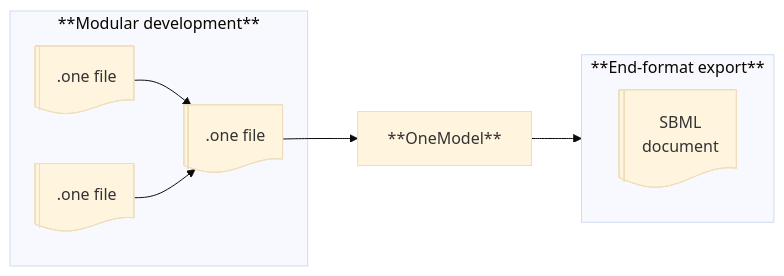
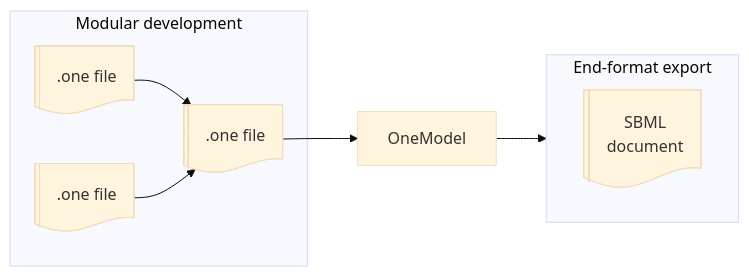
Before and after one commit to fernandonobel/fernandonobel.github.io: the first of 2 diagrams in content/_index.md, drawn with Mermaid (base theme). The commit also changed other lines of this file and 1 other file, not shown here.

````diff
--- a/content/_index.md
+++ b/content/_index.md
@@ -78,19 +78,19 @@
 ```mermaid
 flowchart LR
 
-    subgraph **Modular development**
+    subgraph Modular development
         one_file_1[.one file]@{ shape: lin-doc}
         one_file_2[.one file]@{ shape: lin-doc}
         one_file_3[.one file]@{ shape: lin-doc}
     end
 
-    OneModel[**OneModel**]
+    OneModel[OneModel]
 
-    subgraph **End-format export**
+    subgraph End-format export
         direction LR
         sbml_file[SBML <br> document]@{ shape: lin-doc}
     end
 
     one_file_2 & one_file_3 --> one_file_1
     one_file_1 --> OneModel --> sbml_file
 ```
````
